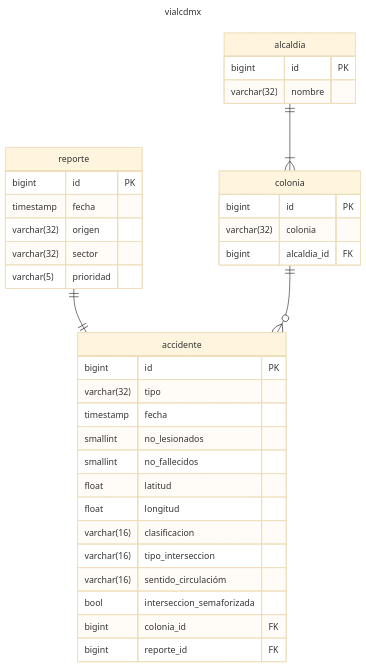
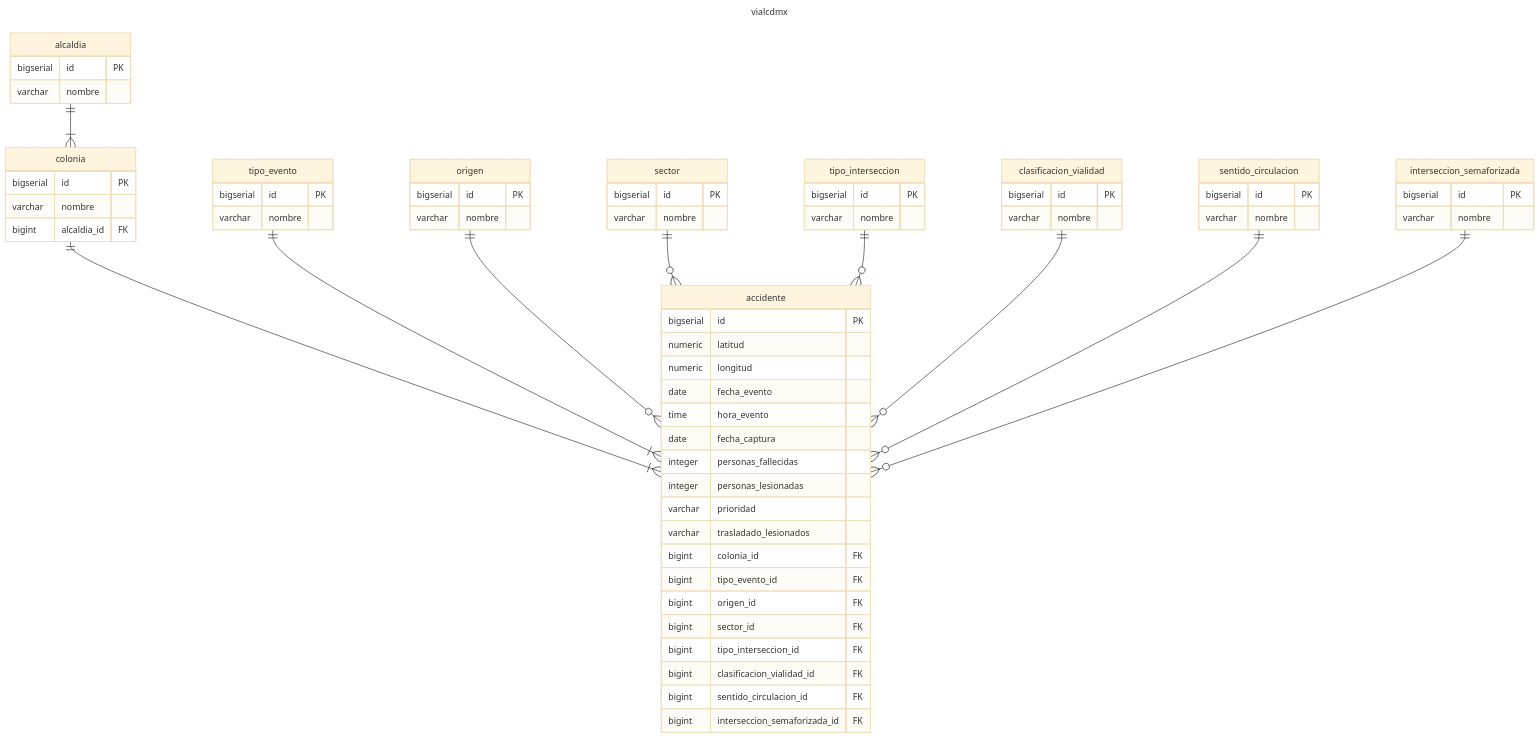
One commit to joltdot/proyecto_bd changed the diagram in README.md. Above: the diagram before and after it, drawn with Mermaid (base theme).

Commit message:
Revise ER diagram and add new entities
Updated the entity relationship diagram and added new entities with their attributes.

````diff
--- a/README.md
+++ b/README.md
@@ -362,43 +362,74 @@
 ```mermaid
 ---
 title: vialcdmx
 ---
 
 erDiagram
-    reporte || -- || accidente : " "
     alcaldia ||--|{ colonia : " "
-    colonia ||--o{ accidente : " "
+    colonia ||--|{ accidente : " "
+    tipo_evento ||--|{ accidente : " "
+    origen ||--o{ accidente : " "
+    sector ||--o{ accidente : " "
+    tipo_interseccion ||--o{ accidente : " "
+    clasificacion_vialidad ||--o{ accidente : " "
+    sentido_circulacion ||--o{ accidente : " "
+    interseccion_semaforizada ||--o{ accidente : " "
 
-    accidente {
-        bigint id PK
-        varchar(32) tipo
-        timestamp fecha
-        smallint no_lesionados
-        smallint no_fallecidos
-        float latitud
-        float longitud
-        varchar(16) clasificacion
-        varchar(16) tipo_interseccion
-        varchar(16) sentido_circulacióm
-        bool interseccion_semaforizada
-        bigint colonia_id FK
-        bigint reporte_id FK
-    }
     alcaldia {
-        bigint id PK
-        varchar(32) nombre
+        bigserial id PK
+        varchar nombre
     }
     colonia {
-        bigint id PK
-        varchar(32) colonia
+        bigserial id PK
+        varchar nombre
         bigint alcaldia_id FK
     }
-    reporte {
-        bigint id PK
-        timestamp fecha
-        varchar(32) origen
-        varchar(32) sector
-        varchar(5) prioridad
+    tipo_evento {
+        bigserial id PK
+        varchar nombre
     }
-
+    origen {
+        bigserial id PK
+        varchar nombre
+    }
+    sector {
+        bigserial id PK
+        varchar nombre
+    }
+    tipo_interseccion {
+        bigserial id PK
+        varchar nombre
+    }
+    clasificacion_vialidad {
+        bigserial id PK
+        varchar nombre
+    }
+    sentido_circulacion {
+        bigserial id PK
+        varchar nombre
+    }
+    interseccion_semaforizada {
+        bigserial id PK
+        varchar nombre
+    }
+    accidente {
+        bigserial id PK
+        numeric latitud
+        numeric longitud
+        date fecha_evento
+        time hora_evento
+        date fecha_captura
+        integer personas_fallecidas
+        integer personas_lesionadas
+        varchar prioridad
+        varchar trasladado_lesionados
+        bigint colonia_id FK
+        bigint tipo_evento_id FK
+        bigint origen_id FK
+        bigint sector_id FK
+        bigint tipo_interseccion_id FK
+        bigint clasificacion_vialidad_id FK
+        bigint sentido_circulacion_id FK
+        bigint interseccion_semaforizada_id FK
+    }
 ```
````
